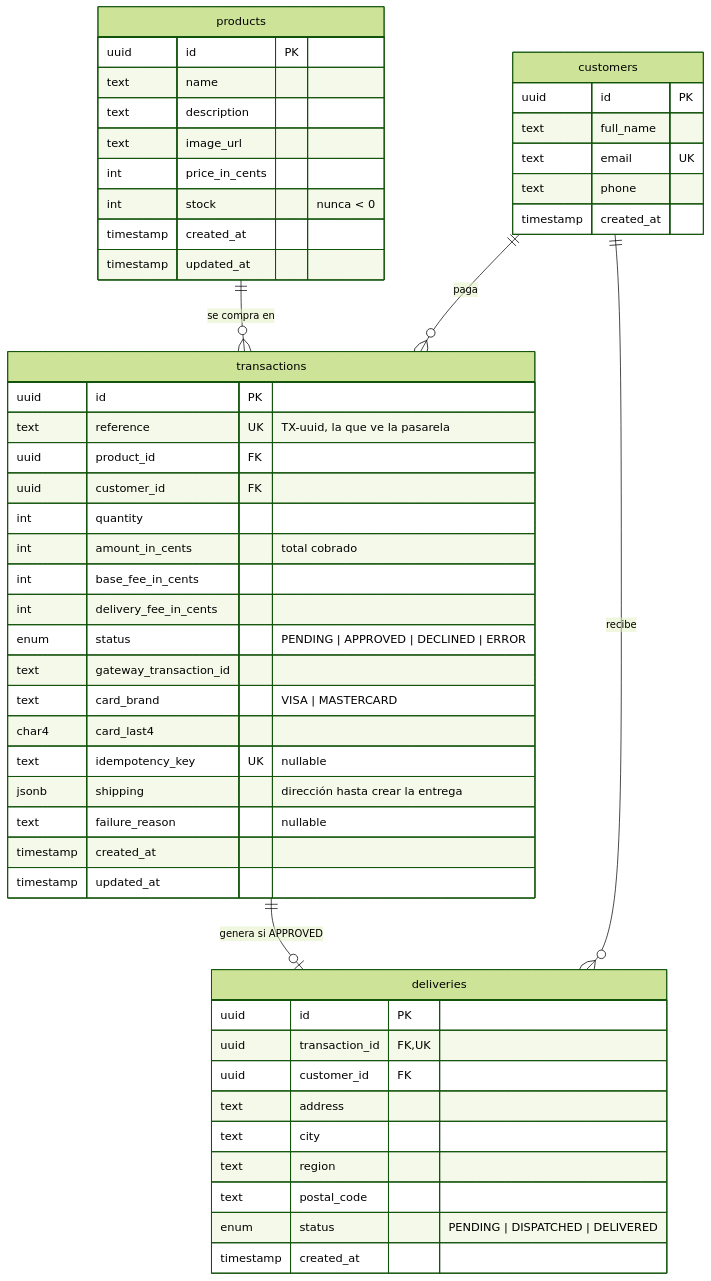
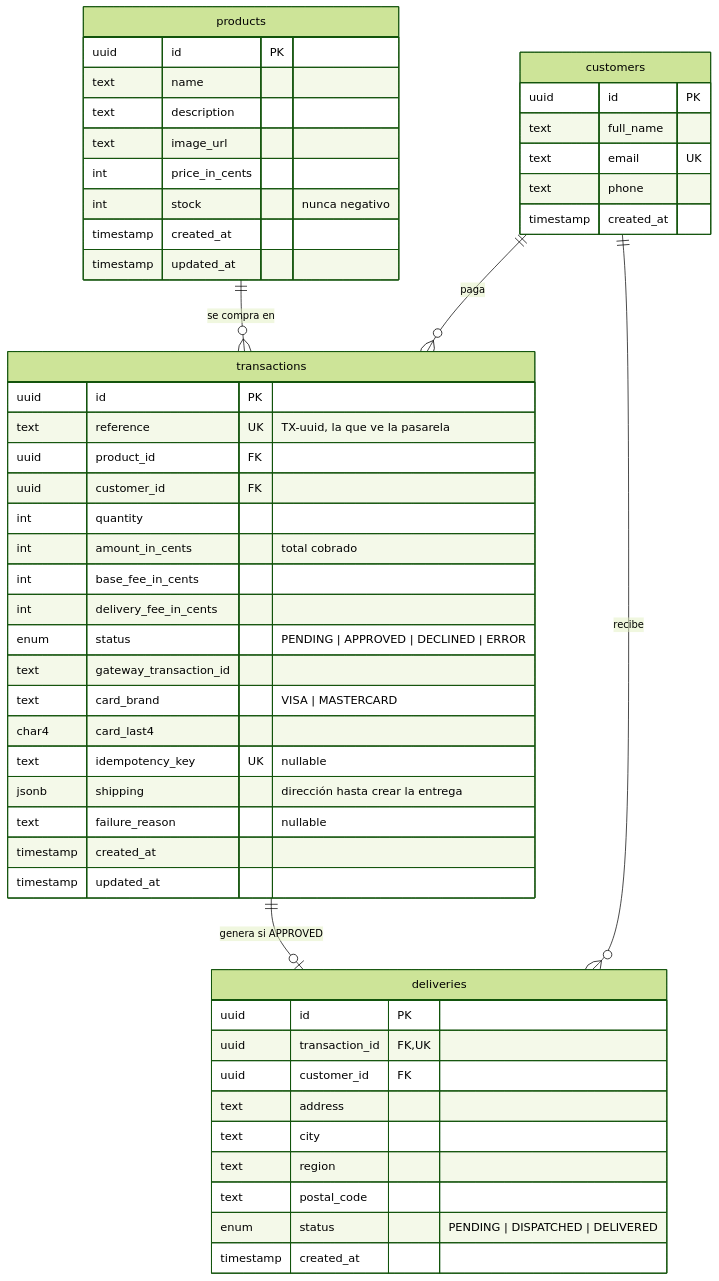
Before and after one commit to DanielaTob/checkout-challenge: the fourth of 6 diagrams in README.md, drawn with Mermaid (forest theme). The commit also changed other lines of this file, not shown here.

Commit message:
docs(readme): use Mermaid-safe entities in diagrams

````diff
--- a/README.md
+++ b/README.md
@@ -201,55 +201,55 @@
 ```mermaid
 erDiagram
   products ||--o{ transactions : "se compra en"
   customers ||--o{ transactions : "paga"
   transactions ||--o| deliveries : "genera si APPROVED"
   customers ||--o{ deliveries : "recibe"
 
   products {
     uuid id PK
     text name
     text description
     text image_url
     int price_in_cents
-    int stock "nunca < 0"
+    int stock "nunca negativo"
     timestamp created_at
     timestamp updated_at
   }
   customers {
     uuid id PK
     text full_name
     text email UK
     text phone
     timestamp created_at
   }
   transactions {
     uuid id PK
     text reference UK "TX-uuid, la que ve la pasarela"
     uuid product_id FK
     uuid customer_id FK
     int quantity
     int amount_in_cents "total cobrado"
     int base_fee_in_cents
     int delivery_fee_in_cents
     enum status "PENDING | APPROVED | DECLINED | ERROR"
     text gateway_transaction_id
     text card_brand "VISA | MASTERCARD"
     char4 card_last4
     text idempotency_key UK "nullable"
     jsonb shipping "dirección hasta crear la entrega"
     text failure_reason "nullable"
     timestamp created_at
     timestamp updated_at
   }
   deliveries {
     uuid id PK
     uuid transaction_id FK,UK
     uuid customer_id FK
     text address
     text city
     text region
     text postal_code
     enum status "PENDING | DISPATCHED | DELIVERED"
     timestamp created_at
   }
 ```
````
